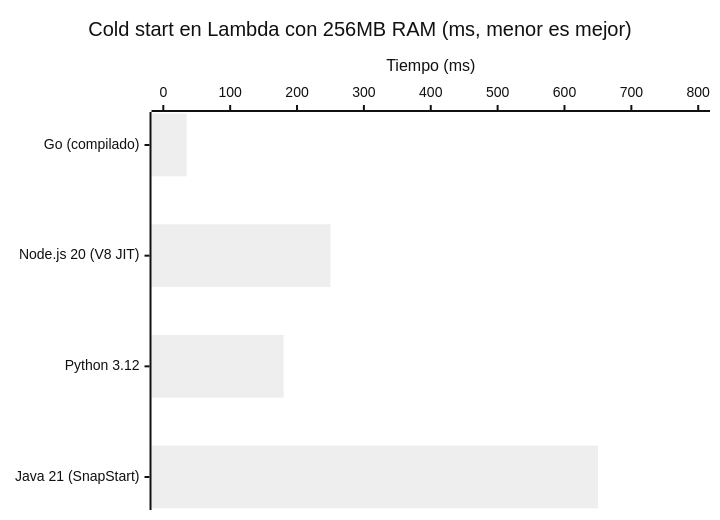
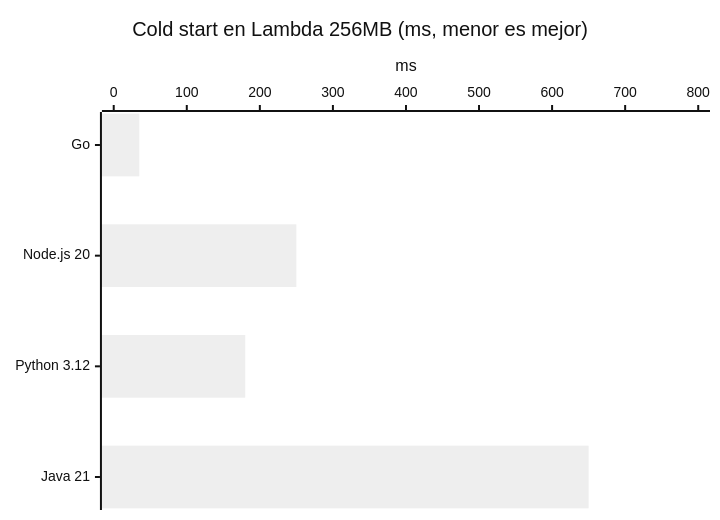
Before and after one commit to gmeono94/nua-salud-panel: the third of 19 diagrams in README.md, drawn with Mermaid (neutral theme). The commit also changed other lines of this file, not shown here.

First line of the commit message:
fix: shorten Mermaid labels, fix 5→8 metrics text, rework team scaling

````diff
--- a/README.md
+++ b/README.md
@@ -336,7 +336,7 @@
 ```mermaid
 xychart-beta horizontal
-    title "Cold start en Lambda con 256MB RAM (ms, menor es mejor)"
-    x-axis ["Go (compilado)", "Node.js 20 (V8 JIT)", "Python 3.12", "Java 21 (SnapStart)"]
-    y-axis "Tiempo (ms)" 0 --> 800
+    title "Cold start en Lambda 256MB (ms, menor es mejor)"
+    x-axis ["Go", "Node.js 20", "Python 3.12", "Java 21"]
+    y-axis "ms" 0 --> 800
     bar [35, 250, 180, 650]
 ```
````
